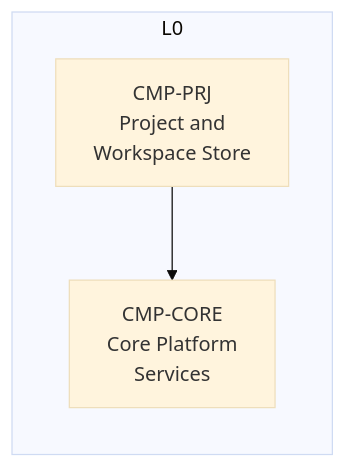
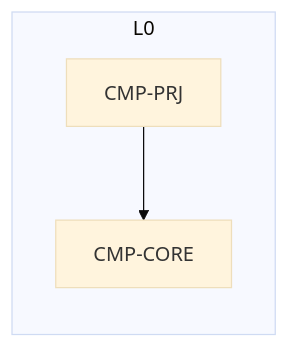
The third of 9 diagrams in design/architecture-diagrams.md (suduli/embedded-c-unit-test-tool), drawn with Mermaid (base theme) before and after one commit. The commit also changed other lines of this file and 11 other files, not shown here.

First line of the commit message:
Fix non-uniform boxes and curved edges in the Mermaid diagrams; drop D2

````diff
--- a/design/architecture-diagrams.md
+++ b/design/architecture-diagrams.md
@@ -176,9 +207,10 @@
 ```mermaid
+%%{init: {'flowchart': {'curve': 'linear'}}}%%
 flowchart LR
   subgraph L0["L0"]
-    CMP_CORE["CMP-CORE<br/>Core Platform<br/>Services"]
-    CMP_PRJ["CMP-PRJ<br/>Project and<br/>Workspace Store"]
+    CMP_CORE["CMP-CORE"]
+    CMP_PRJ["CMP-PRJ"]
   end
   CMP_PRJ --> CMP_CORE
   classDef ext stroke-dasharray:2 2,opacity:0.65
 ```
````
